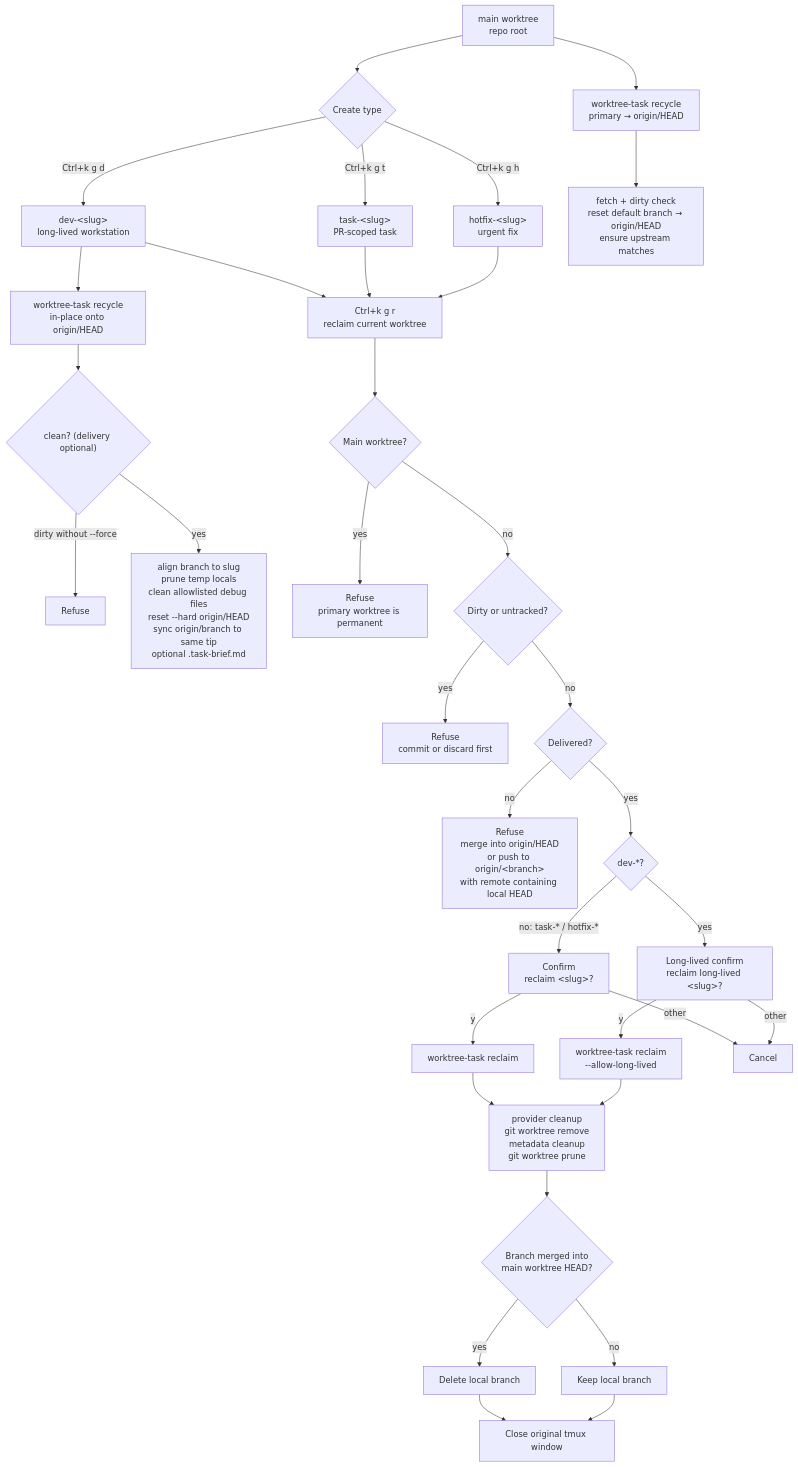
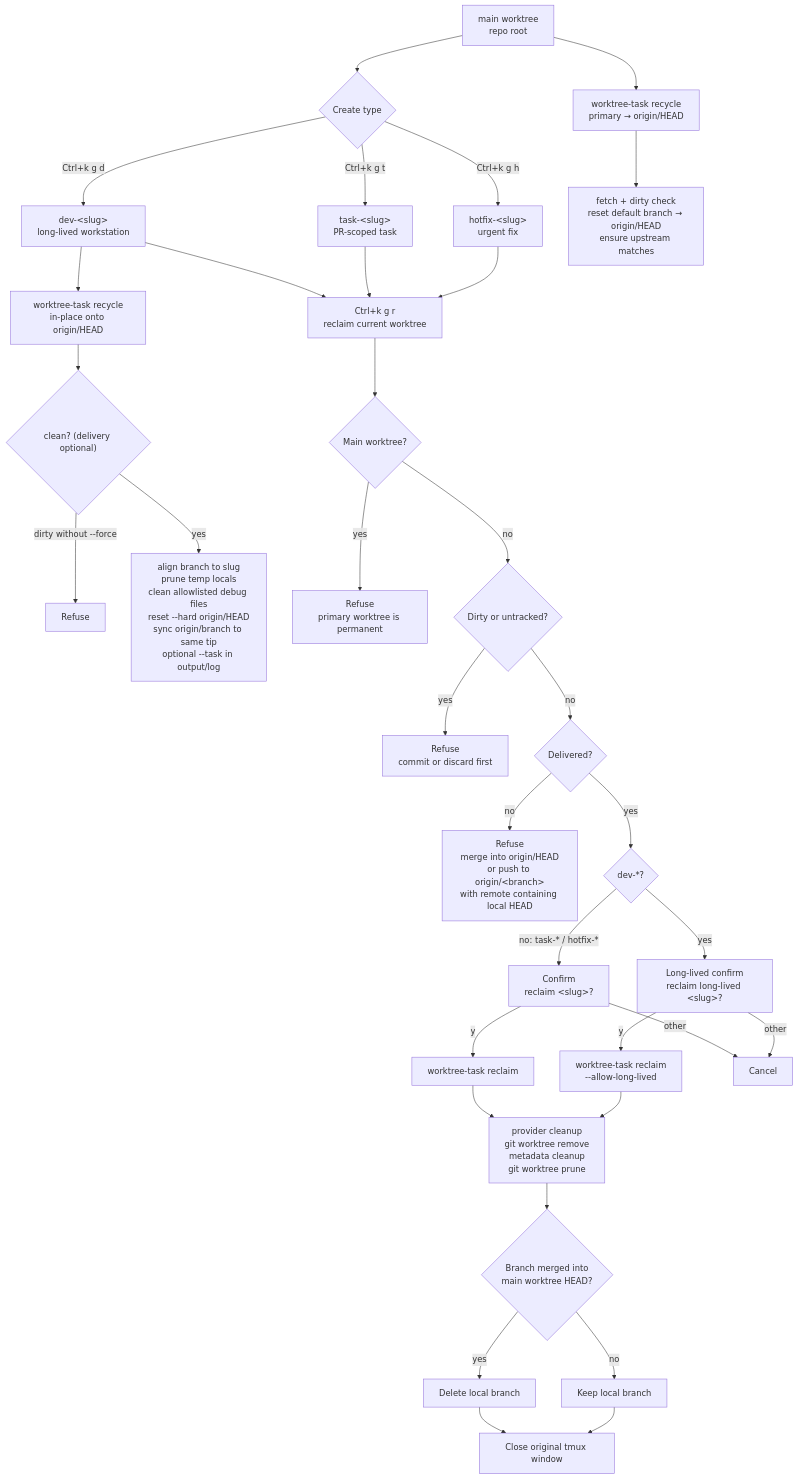
The second of 2 diagrams in docs/workspaces.md (yunsii/wezdeck), drawn with Mermaid before and after one commit. The commit also changed other lines of this file and 7 other files, not shown here.

First line of the commit message:
fix(worktree-recycle): --task 不再写入 .task-brief.md

````diff
--- a/docs/workspaces.md
+++ b/docs/workspaces.md
@@ -143,47 +143,47 @@
 ```mermaid
 flowchart TD
   A["main worktree<br/>repo root"] --> B{"Create type"}
 
   B -->|"Ctrl+k g d"| D["dev-&lt;slug&gt;<br/>long-lived workstation"]
   B -->|"Ctrl+k g t"| T["task-&lt;slug&gt;<br/>PR-scoped task"]
   B -->|"Ctrl+k g h"| H["hotfix-&lt;slug&gt;<br/>urgent fix"]
 
   A --> RCP["worktree-task recycle<br/>primary → origin/HEAD"]
   D --> RC["worktree-task recycle<br/>in-place onto origin/HEAD"]
   D --> R["Ctrl+k g r<br/>reclaim current worktree"]
   T --> R
   H --> R
 
   RCP --> RCP2["fetch + dirty check<br/>reset default branch → origin/HEAD<br/>ensure upstream matches"]
   RC --> RC1{"clean? (delivery optional)"}
   RC1 -->|"dirty without --force"| RCX["Refuse"]
-  RC1 -->|"yes"| RC2["align branch to slug<br/>prune temp locals<br/>clean allowlisted debug files<br/>reset --hard origin/HEAD<br/>sync origin/branch to same tip<br/>optional .task-brief.md"]
+  RC1 -->|"yes"| RC2["align branch to slug<br/>prune temp locals<br/>clean allowlisted debug files<br/>reset --hard origin/HEAD<br/>sync origin/branch to same tip<br/>optional --task in output/log"]
 
   R --> C1{"Main worktree?"}
   C1 -->|"yes"| X1["Refuse<br/>primary worktree is permanent"]
   C1 -->|"no"| C2{"Dirty or untracked?"}
 
   C2 -->|"yes"| X2["Refuse<br/>commit or discard first"]
   C2 -->|"no"| C3{"Delivered?"}
 
   C3 -->|"no"| X3["Refuse<br/>merge into origin/HEAD<br/>or push to origin/&lt;branch&gt;<br/>with remote containing local HEAD"]
   C3 -->|"yes"| C4{"dev-*?"}
 
   C4 -->|"no: task-* / hotfix-*"| Y1["Confirm<br/>reclaim &lt;slug&gt;?"]
   C4 -->|"yes"| Y2["Long-lived confirm<br/>reclaim long-lived &lt;slug&gt;?"]
 
   Y1 -->|"y"| Z1["worktree-task reclaim"]
   Y2 -->|"y"| Z2["worktree-task reclaim<br/>--allow-long-lived"]
   Y1 -->|"other"| K["Cancel"]
   Y2 -->|"other"| K
 
   Z1 --> W["provider cleanup<br/>git worktree remove<br/>metadata cleanup<br/>git worktree prune"]
   Z2 --> W
 
   W --> Q{"Branch merged into<br/>main worktree HEAD?"}
   Q -->|"yes"| BD["Delete local branch"]
   Q -->|"no"| BK["Keep local branch"]
 
   BD --> END["Close original tmux window"]
   BK --> END
 ```
````
